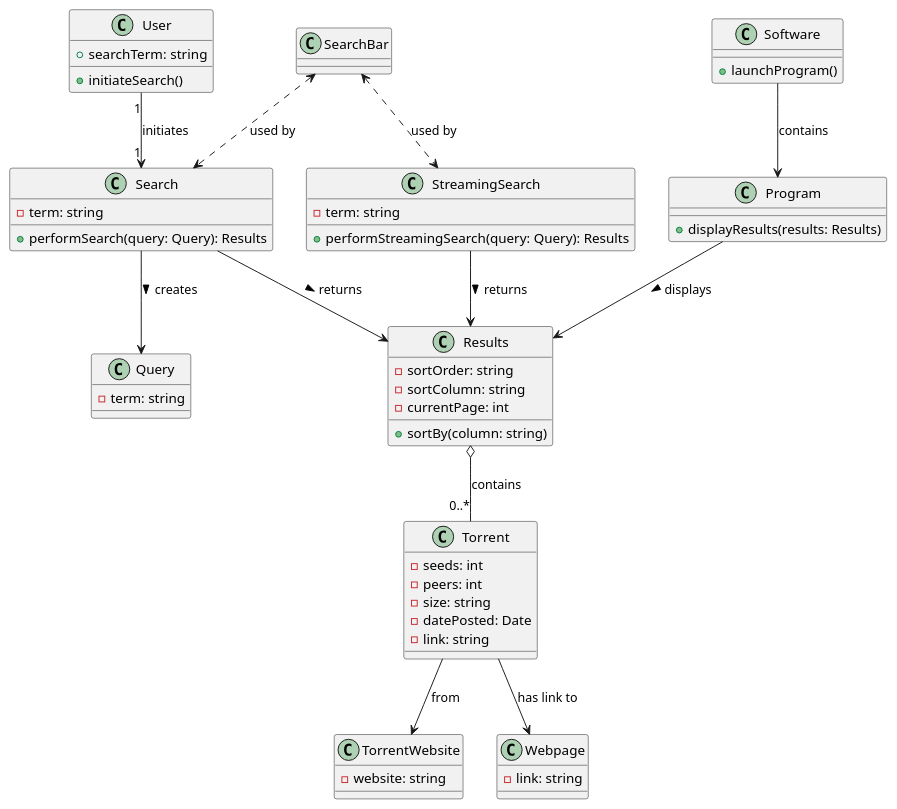
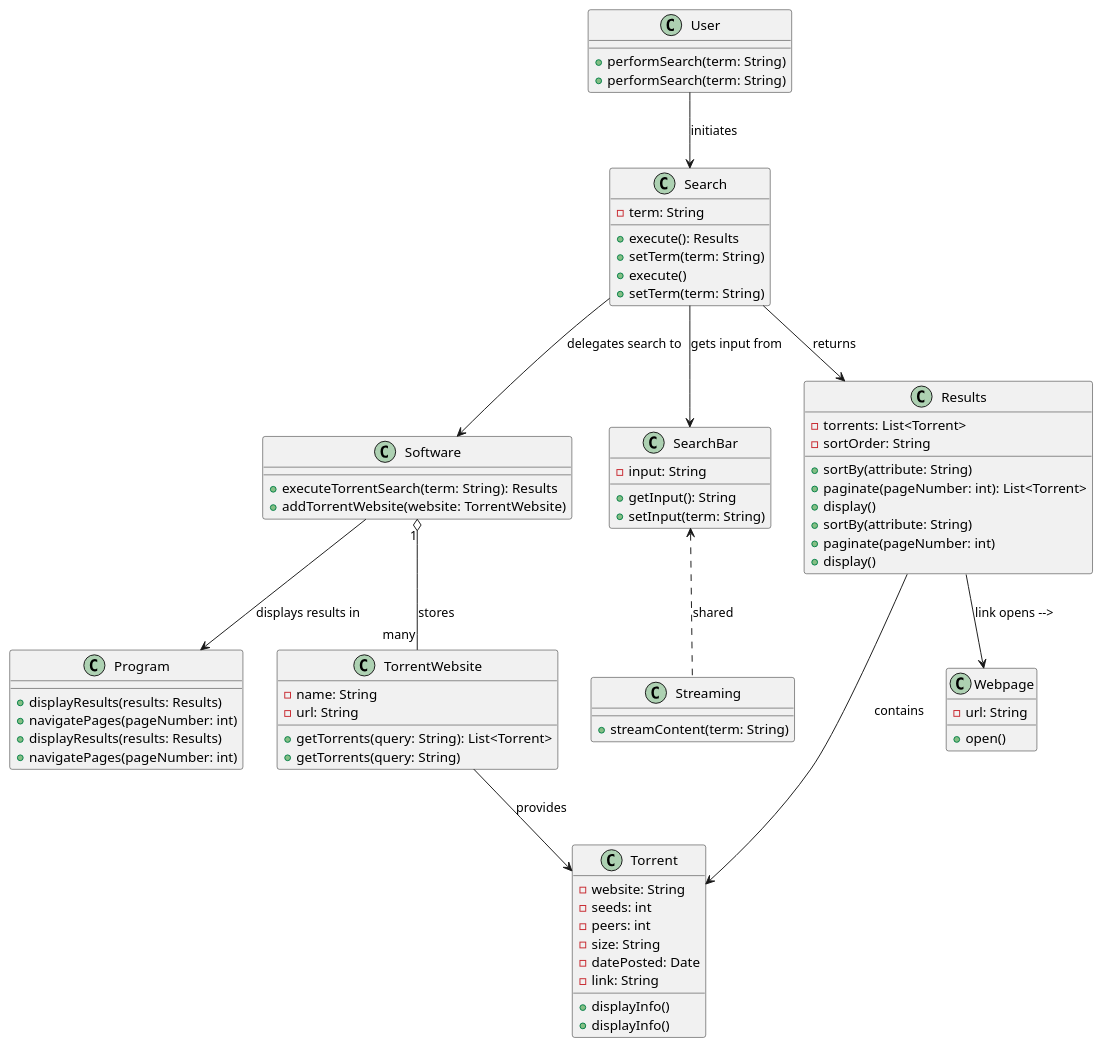
One commit to RayWP/pfsa-id changed the diagram in survey/gen-r-ent-o3-mini/R81_VideoSearch_class_diagram.puml. Above: the diagram before and after it, drawn with PlantUML. The commit also changed 20 other files, not shown here.

```diff
--- a/survey/gen-r-ent-o3-mini/R81_VideoSearch_class_diagram.puml
+++ b/survey/gen-r-ent-o3-mini/R81_VideoSearch_class_diagram.puml
@@ -1,86 +1,98 @@
 @startuml
-' Define classes
-class User {
-  +searchTerm: string
-  +initiateSearch()
-}
+' Define the main classes
 
 class Software {
-  +launchProgram()
+  +executeTorrentSearch(term: String): Results
+  +addTorrentWebsite(website: TorrentWebsite)
 }
 
 class Program {
   +displayResults(results: Results)
+  +navigatePages(pageNumber: int)
+}
+
+class User {
+  +performSearch(term: String)
+}
+
+class SearchBar {
+  -input: String
+  +getInput(): String
+  +setInput(term: String)
 }
 
 class Search {
-  -term: string
-  +performSearch(query: Query): Results
-}
-
-class Query {
-  -term: string
-}
-
-class SearchBar {
-  ' Shared UI component for search input
+  -term: String
+  +execute(): Results
+  +setTerm(term: String)
 }
 
 class TorrentWebsite {
-  -website: string
+  -name: String
+  -url: String
+  +getTorrents(query: String): List<Torrent>
 }
 
 class Torrent {
+  -website: String
   -seeds: int
   -peers: int
-  -size: string
+  -size: String
   -datePosted: Date
-  -link: string
+  -link: String
+  +displayInfo()
+}
+
+class Results {
+  -torrents: List<Torrent>
+  -sortOrder: String
+  +sortBy(attribute: String)
+  +paginate(pageNumber: int): List<Torrent>
+  +display()
 }
 
 class Webpage {
-  -link: string
+  -url: String
+  +open()
 }
 
-class Results {
-  -sortOrder: string
-  -sortColumn: string
-  -currentPage: int
-  +sortBy(column: string)
+' Relationships
+
+User --> Search : "initiates"
+Search --> SearchBar : "gets input from"
+Search --> Software : "delegates search to"
+Software "1" o-- "many" TorrentWebsite : "stores"
+Software --> Program : "displays results in"
+Search --> Results : "returns"
+
+TorrentWebsite --> Torrent : "provides"
+Results --> Torrent : "contains"
+
+' Optional: association for sorting attributes in Results
+Results --> Webpage : "link opens -->"
+
+' Add note about streaming search sharing same search bar
+class Streaming {
+  ' This class represents the streaming feature sharing the search bar
+  +streamContent(term: String)
 }
+SearchBar <.. Streaming : "shared"
 
-class StreamingSearch {
-  -term: string
-  +performStreamingSearch(query: Query): Results
-}
-
-' Define relationships
-
-' The user initiates a search through the search bar.
-User "1" --> "1" Search : initiates
-Search --> Query : creates >
-
-' Both torrent search and streaming search share the same SearchBar.
-SearchBar <..> Search : used by
-SearchBar <..> StreamingSearch : used by
-
-' Search produces Results containing multiple Torrent items.
-Search --> Results : returns >
-Results o-- "0..*" Torrent : contains
-
-' Each Torrent result is associated with the TorrentWebsite it came from.
-Torrent --> TorrentWebsite : "from"
-
-' A Torrent also has a corresponding webpage for detailed info.
-Torrent --> Webpage : "has link to"
-
-' StreamingSearch is similar in behavior and returns Results.
-StreamingSearch --> Results : returns >
-
-' Software contains the main Program.
-Software --> Program : contains
-
-' The Program displays the Results on its torrent tab.
-Program --> Results : displays >
+' Methods for User
+User : +performSearch(term: String)
+' Methods for Search
+Search : +execute() 
+Search : +setTerm(term: String)
+' Methods for TorrentWebsite
+TorrentWebsite : +getTorrents(query: String)
+' Methods for Torrent
+Torrent : +displayInfo()
+' Methods for Results
+Results : +sortBy(attribute: String)
+Results : +paginate(pageNumber: int)
+Results : +display()
+' Methods for Program
+Program : +displayResults(results: Results)
+Program : +navigatePages(pageNumber: int)
 
 @enduml
```
